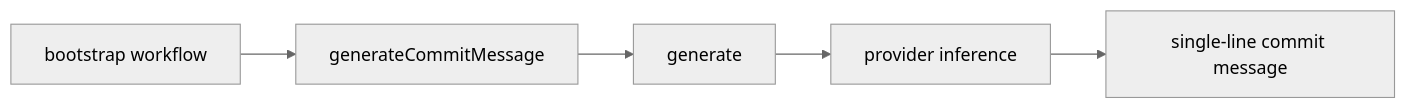
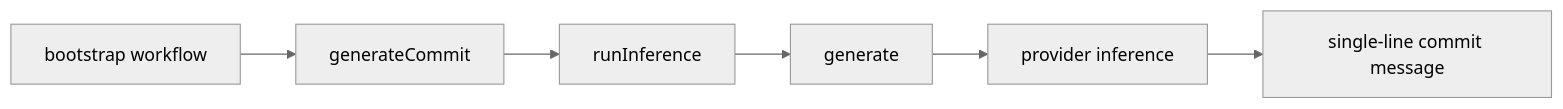
Before and after one commit to ex3ndr/holdmybeer: the diagram in doc/commit-message-workflow-step.md, drawn with Mermaid (neutral theme). The commit also changed other lines of this file and 13 other files, not shown here.

Commit message:
feat(workflows): add inference, commit, and push steps

````diff
--- a/doc/commit-message-workflow-step.md
+++ b/doc/commit-message-workflow-step.md
@@ -7,7 +7,8 @@
 ```mermaid
 flowchart LR
-  A[bootstrap workflow] --> B[generateCommitMessage]
-  B --> C[generate]
-  C --> D[provider inference]
-  D --> E[single-line commit message]
+  A[bootstrap workflow] --> B[generateCommit]
+  B --> C[runInference]
+  C --> D[generate]
+  D --> E[provider inference]
+  E --> F[single-line commit message]
 ```
````
